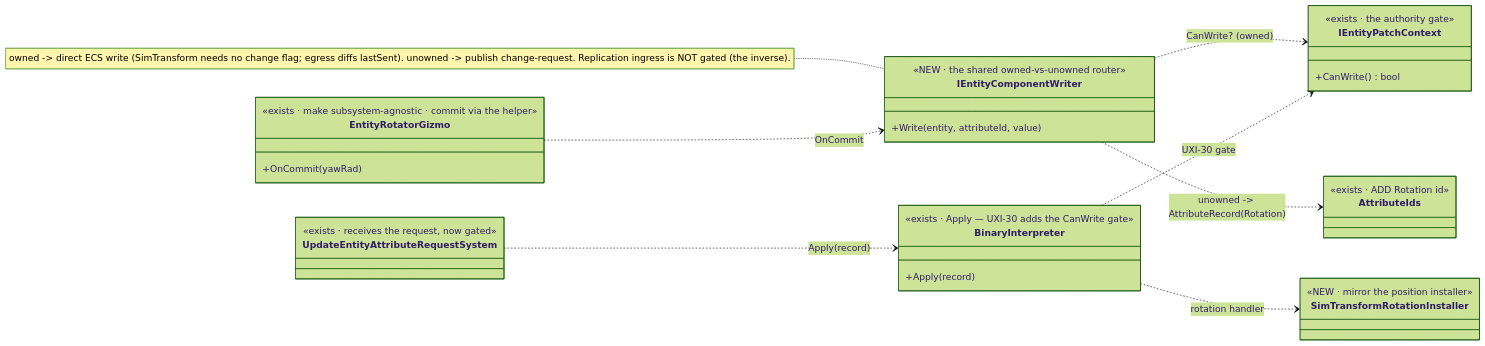
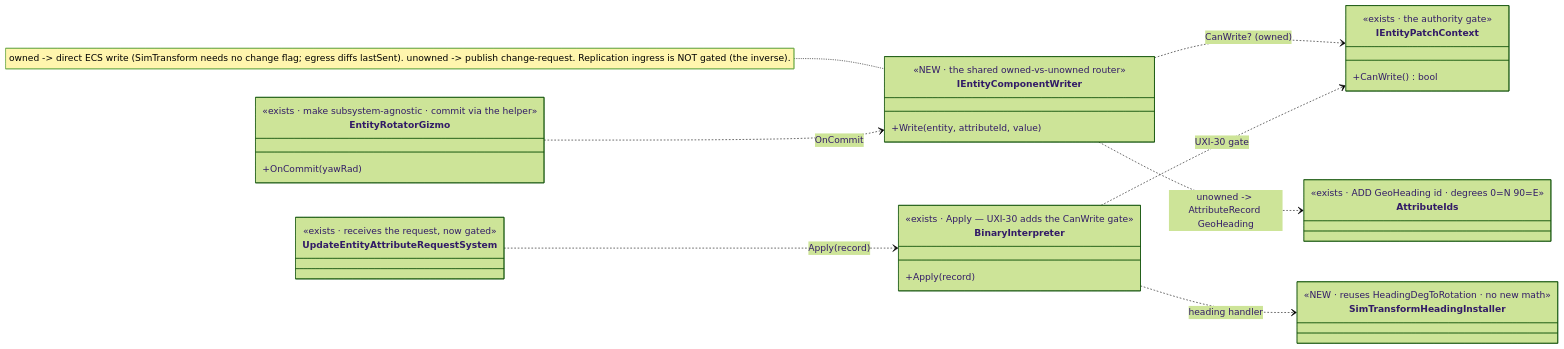
Before and after one commit to pjanec/HROT: the first of 2 diagrams in docs/DESIGN_Cgf_AxisB_Rotation_Slice.md, drawn with Mermaid (forest theme). The commit also changed other lines of this file and 1 other file, not shown here.

First line of the commit message:
axis-b: use GeoHeading (deg, 0=N/90=E) reusing existing HeadingDegToRotation, not a new rotation attribute

````diff
--- a/docs/DESIGN_Cgf_AxisB_Rotation_Slice.md
+++ b/docs/DESIGN_Cgf_AxisB_Rotation_Slice.md
@@ -55,36 +57,36 @@
 ```mermaid
 classDiagram
     direction LR
     class EntityRotatorGizmo {
         <<exists · make subsystem-agnostic · commit via the helper>>
         +OnCommit(yawRad)
     }
     class IEntityComponentWriter {
         <<NEW · the shared owned-vs-unowned router>>
         +Write(entity, attributeId, value)
     }
     class IEntityPatchContext {
         <<exists · the authority gate>>
         +CanWrite() bool
     }
     class BinaryInterpreter {
         <<exists · Apply — UXI-30 adds the CanWrite gate>>
         +Apply(record)
     }
     class AttributeIds {
-        <<exists · ADD Rotation id>>
+        <<exists · ADD GeoHeading id · degrees 0=N 90=E>>
     }
-    class SimTransformRotationInstaller {
-        <<NEW · mirror the position installer>>
+    class SimTransformHeadingInstaller {
+        <<NEW · reuses HeadingDegToRotation · no new math>>
     }
     class UpdateEntityAttributeRequestSystem {
         <<exists · receives the request, now gated>>
     }
     EntityRotatorGizmo ..> IEntityComponentWriter : OnCommit
     IEntityComponentWriter ..> IEntityPatchContext : CanWrite? (owned)
-    IEntityComponentWriter ..> AttributeIds : unowned -> AttributeRecord(Rotation)
+    IEntityComponentWriter ..> AttributeIds : unowned -> AttributeRecord GeoHeading
     UpdateEntityAttributeRequestSystem ..> BinaryInterpreter : Apply(record)
     BinaryInterpreter ..> IEntityPatchContext : UXI-30 gate
-    BinaryInterpreter ..> SimTransformRotationInstaller : rotation handler
+    BinaryInterpreter ..> SimTransformHeadingInstaller : heading handler
     note for IEntityComponentWriter "owned -> direct ECS write (SimTransform needs no change flag; egress diffs lastSent). unowned -> publish change-request. Replication ingress is NOT gated (the inverse)."
 ```
````
